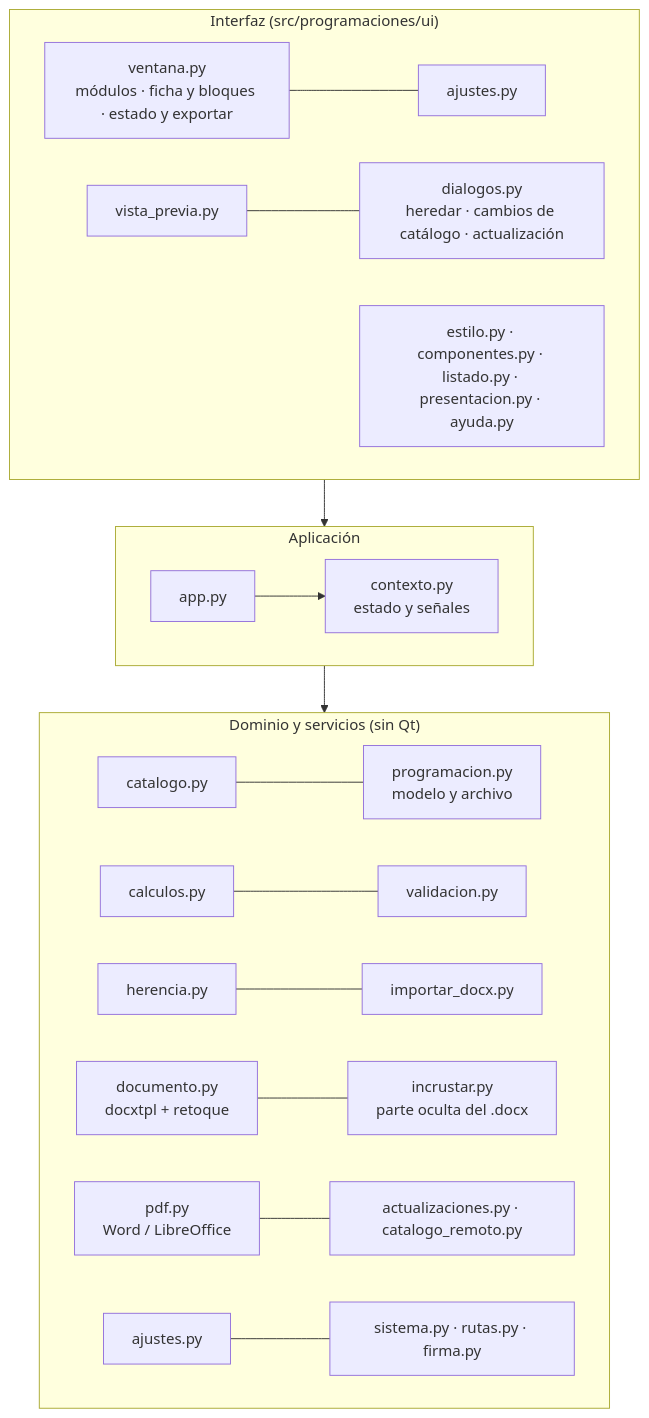
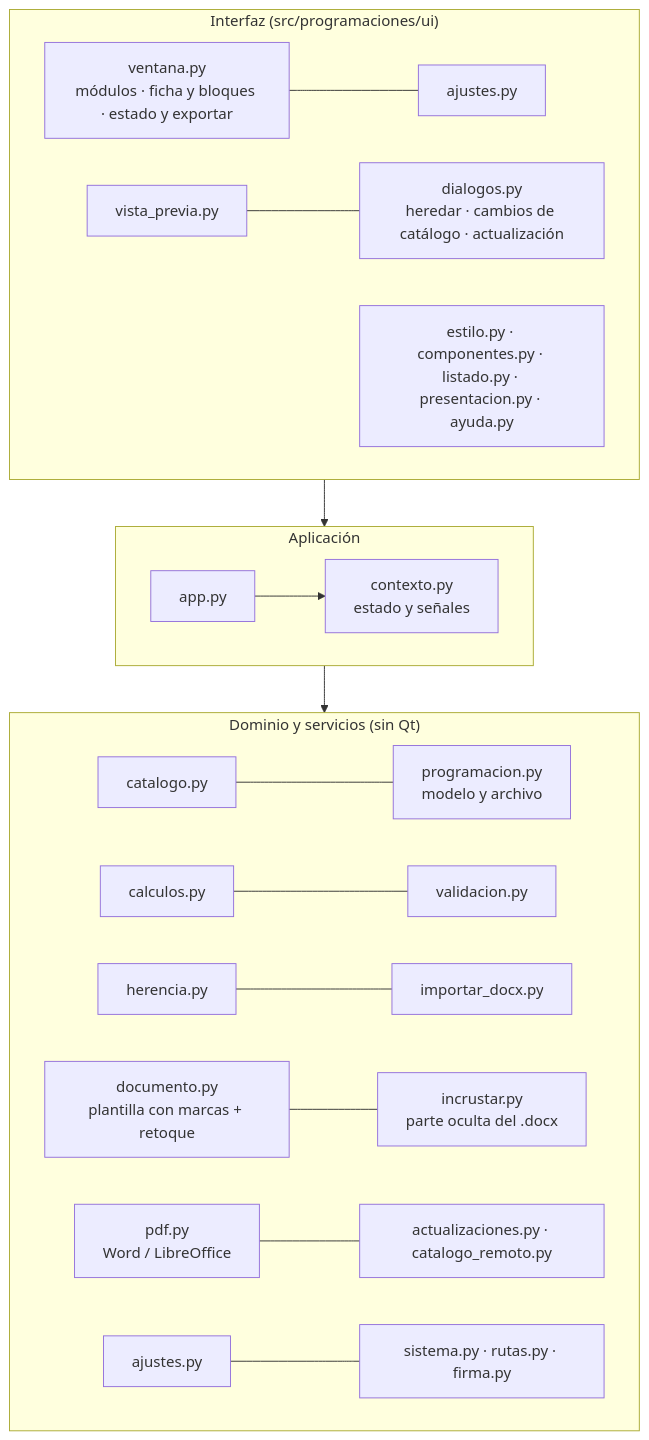
Before and after one commit to cferrerobonet/programaciones_fp: the diagram in TRD.md, drawn with Mermaid. The commit also changed other lines of this file and 13 other files, not shown here.

First line of the commit message:
docs: F2 (motor del documento) hecha el 2026-10-17, a falta de la prueba de Word y de decisiones de CarlosFB

````diff
--- a/TRD.md
+++ b/TRD.md
@@ -48,20 +48,20 @@
 ```mermaid
 flowchart TB
   subgraph UI["Interfaz (src/programaciones/ui)"]
     V[ventana.py<br>módulos · ficha y bloques · estado y exportar] --- AJ[ajustes.py]
     PV[vista_previa.py] --- HE[dialogos.py<br>heredar · cambios de catálogo · actualización]
     C[estilo.py · componentes.py · listado.py · presentacion.py · ayuda.py]
   end
   subgraph APP["Aplicación"]
     APPPY[app.py] --> CTX[contexto.py<br>estado y señales]
   end
   subgraph DOM["Dominio y servicios (sin Qt)"]
     CAT[catalogo.py] --- PRO[programacion.py<br>modelo y archivo]
     CAL[calculos.py] --- VAL[validacion.py]
     HER[herencia.py] --- IMP[importar_docx.py]
-    DOC[documento.py<br>docxtpl + retoque] --- INC[incrustar.py<br>parte oculta del .docx]
+    DOC[documento.py<br>plantilla con marcas + retoque] --- INC[incrustar.py<br>parte oculta del .docx]
     PDF[pdf.py<br>Word / LibreOffice] --- ACT[actualizaciones.py · catalogo_remoto.py]
     AJS[ajustes.py] --- SIS[sistema.py · rutas.py · firma.py]
   end
   UI --> APP --> DOM
 ```
````
